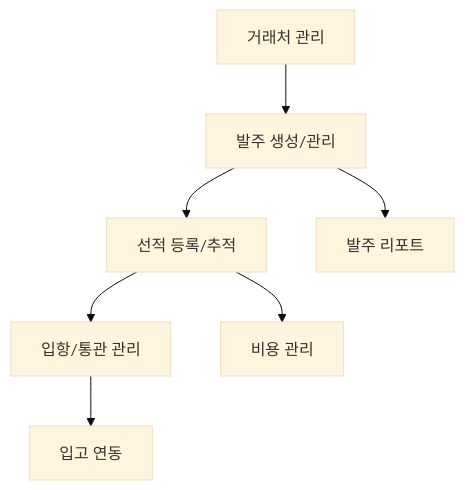
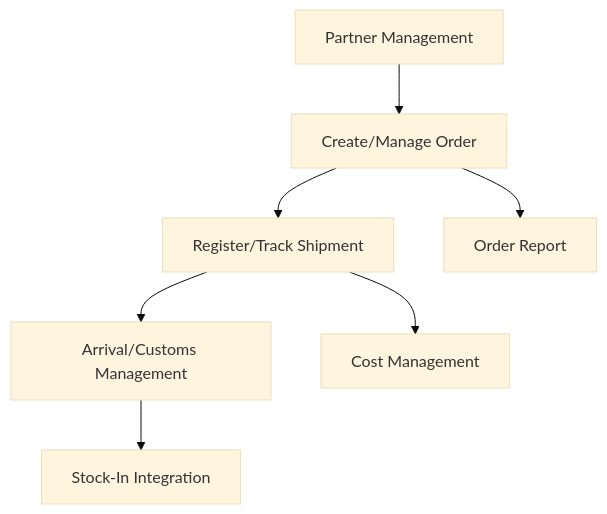
One commit to ftrskuk/chisan-platform changed the second of 2 diagrams in docs/03-modules/import.md. Above: the diagram before and after it, drawn with Mermaid (base theme). The commit also changed other lines of this file and 36 other files, not shown here.

First line of the commit message:
feat: expand partner brand management and harden auth handling

````diff
--- a/docs/03-modules/import.md
+++ b/docs/03-modules/import.md
@@ -30,9 +34,9 @@
 ```mermaid
 graph TD
-    F1[거래처 관리] --> F2[발주 생성/관리]
-    F2 --> F3[선적 등록/추적]
-    F3 --> F4[입항/통관 관리]
-    F4 --> F5[입고 연동]
-    F3 --> F6[비용 관리]
-    F2 --> F7[발주 리포트]
+    F1[Partner Management] --> F2[Create/Manage Order]
+    F2 --> F3[Register/Track Shipment]
+    F3 --> F4[Arrival/Customs Management]
+    F4 --> F5[Stock-In Integration]
+    F3 --> F6[Cost Management]
+    F2 --> F7[Order Report]
 ```
````
